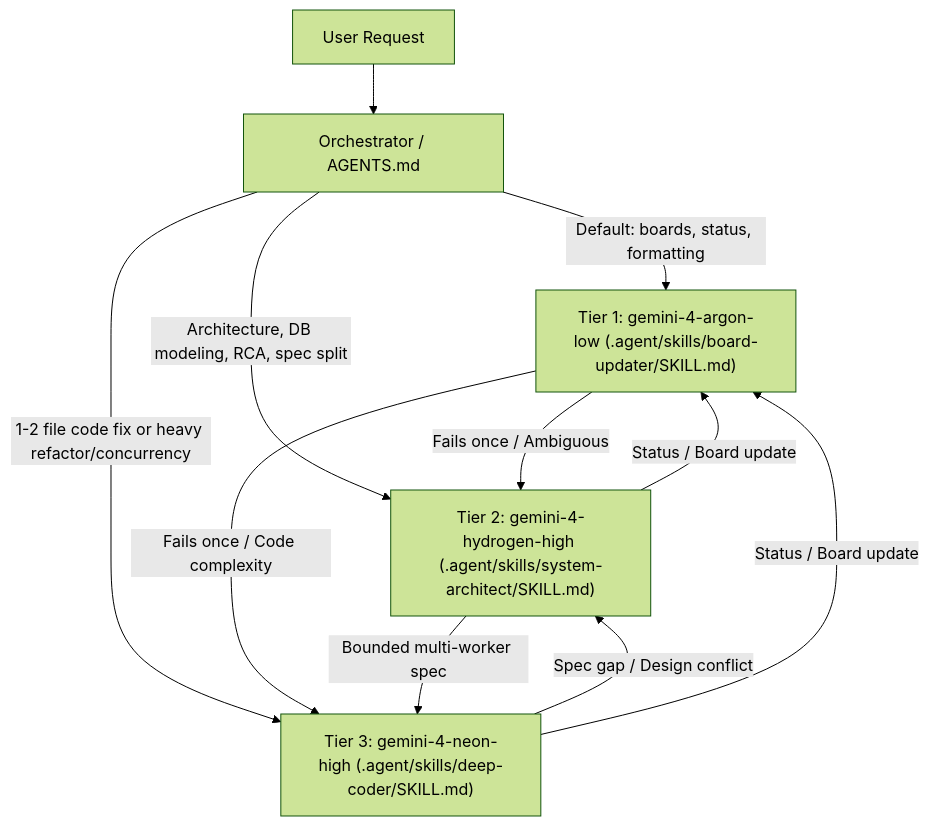
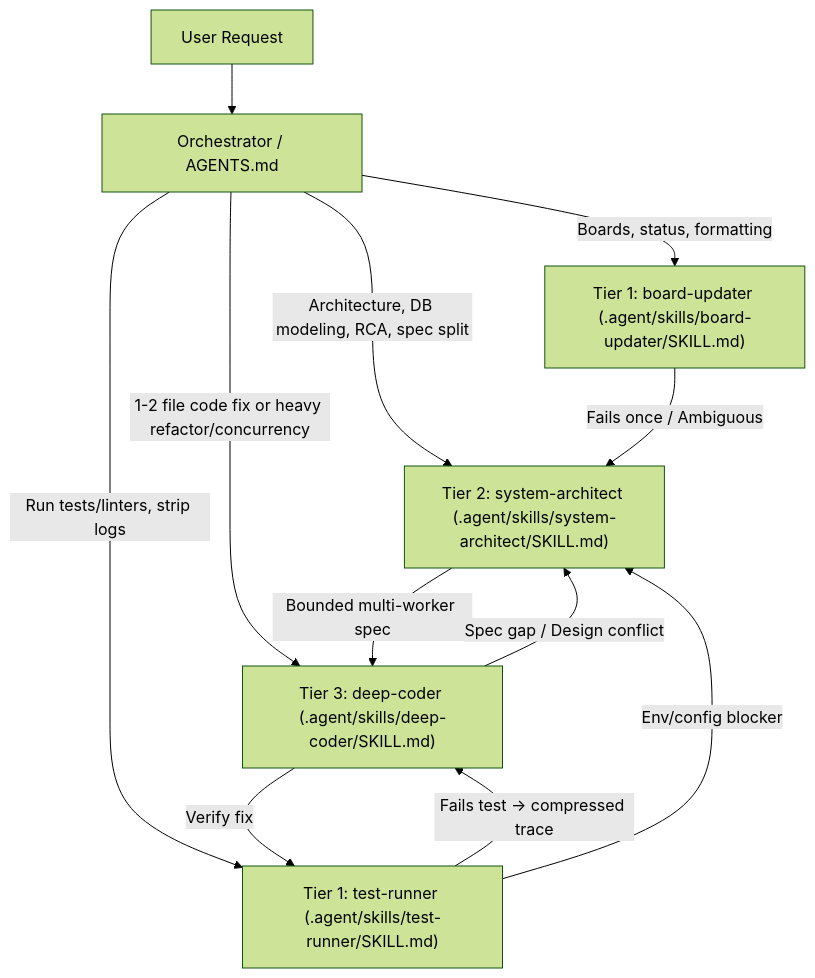
The diagram in README.md (Anuphap2/antigravity-swarm-router), drawn with Mermaid (forest theme) before and after one commit. The commit also changed other lines of this file and 7 other files, not shown here.

Commit message:
feat(v3): add test-runner skill, smoke-test suite, presets, update/uninstall, and .gitattributes

````diff
--- a/README.md
+++ b/README.md
@@ -19,14 +19,15 @@
 ```mermaid
 flowchart TD
     U[User Request] --> C[Orchestrator / AGENTS.md]
-    C -->|Default: boards, status, formatting| T1["Tier 1: gemini-4-argon-low (.agent/skills/board-updater/SKILL.md)"]
-    C -->|Architecture, DB modeling, RCA, spec split| T2["Tier 2: gemini-4-hydrogen-high (.agent/skills/system-architect/SKILL.md)"]
-    C -->|1-2 file code fix or heavy refactor/concurrency| T3["Tier 3: gemini-4-neon-high (.agent/skills/deep-coder/SKILL.md)"]
+    C -->|Boards, status, formatting| T1B["Tier 1: board-updater (.agent/skills/board-updater/SKILL.md)"]
+    C -->|Run tests/linters, strip logs| T1T["Tier 1: test-runner (.agent/skills/test-runner/SKILL.md)"]
+    C -->|Architecture, DB modeling, RCA, spec split| T2["Tier 2: system-architect (.agent/skills/system-architect/SKILL.md)"]
+    C -->|1-2 file code fix or heavy refactor/concurrency| T3["Tier 3: deep-coder (.agent/skills/deep-coder/SKILL.md)"]
 
-    T1 -->|Fails once / Ambiguous| T2
-    T1 -->|Fails once / Code complexity| T3
+    T1B -->|Fails once / Ambiguous| T2
+    T1T -->|Fails test -> compressed trace| T3
+    T1T -->|Env/config blocker| T2
     T2 -->|Bounded multi-worker spec| T3
     T3 -->|Spec gap / Design conflict| T2
-    T2 -->|Status / Board update| T1
-    T3 -->|Status / Board update| T1
+    T3 -->|Verify fix| T1T
 ```
````
